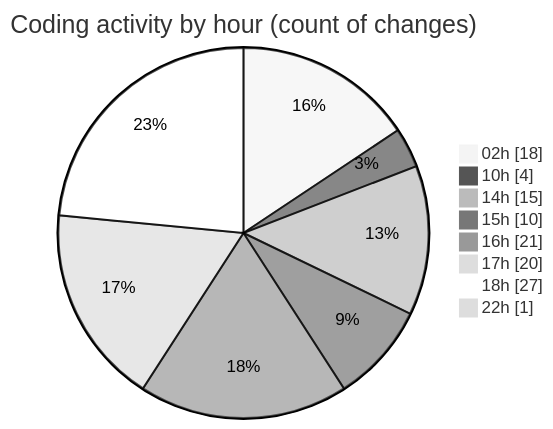
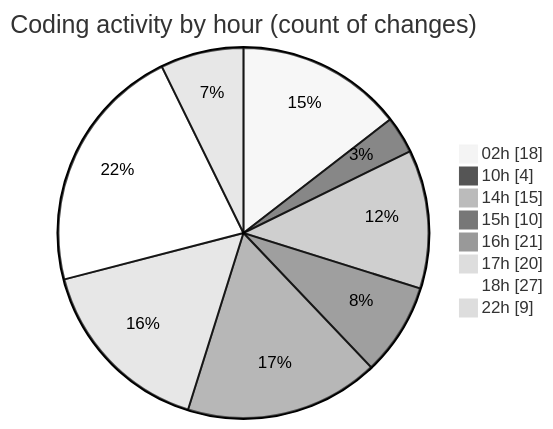
Before and after one commit to julien-gomy/code-tracking: the second of 2 diagrams in 2025-10-15/eventscop-frontend-guide__workspace_/README.md, drawn with Mermaid (neutral theme). The commit also changed other lines of this file and 1 other file, not shown here.

````diff
--- a/2025-10-15/eventscop-frontend-guide__workspace_/README.md
+++ b/2025-10-15/eventscop-frontend-guide__workspace_/README.md
@@ -58,12 +61,12 @@
 ```mermaid
 pie showData
 title Coding activity by hour (count of changes)
 "02h" : 18
 "10h" : 4
 "14h" : 15
 "15h" : 10
 "16h" : 21
 "17h" : 20
 "18h" : 27
-"22h" : 1
+"22h" : 9
 ```
````
